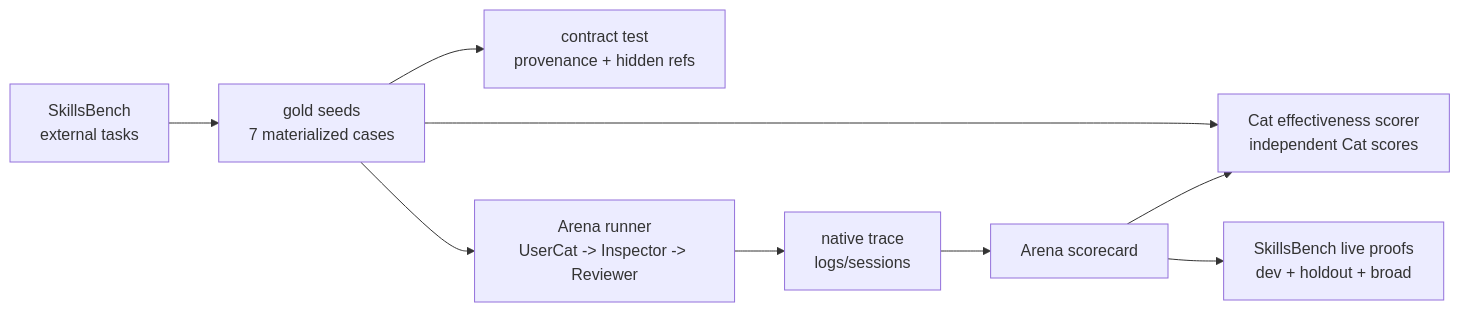
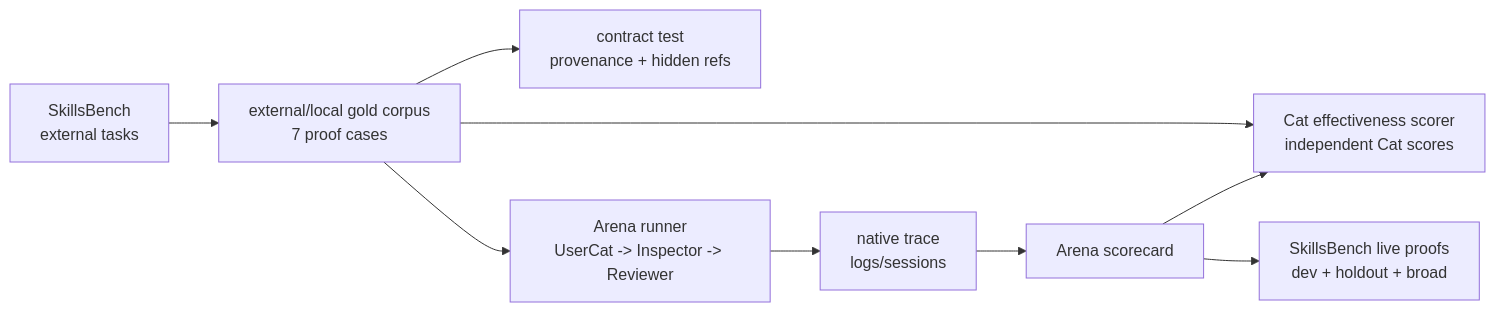
The first of 3 diagrams in docs/arena/CAT_EFFECTIVENESS_SPEC.md (fightheyyy/XiaoBa-CLI), drawn with Mermaid before and after one commit. The commit also changed other lines of this file and 119 other files, not shown here.

````diff
--- a/docs/arena/CAT_EFFECTIVENESS_SPEC.md
+++ b/docs/arena/CAT_EFFECTIVENESS_SPEC.md
@@ -64,19 +64,19 @@
 ```mermaid
 flowchart LR
     SB["SkillsBench<br/>external tasks"]
-    Seed["gold seeds<br/>7 materialized cases"]
+    Seed["external/local gold corpus<br/>7 proof cases"]
     Test["contract test<br/>provenance + hidden refs"]
     Arena["Arena runner<br/>UserCat -> Inspector -> Reviewer"]
     Trace["native trace<br/>logs/sessions"]
     Score["Arena scorecard"]
     CatScore["Cat effectiveness scorer<br/>independent Cat scores"]
 
     SB --> Seed
     Seed --> Test
     Seed --> Arena
     Arena --> Trace
     Trace --> Score
     Seed --> CatScore
     Score --> CatScore
     Score --> Live["SkillsBench live proofs<br/>dev + holdout + broad"]
 ```
````
